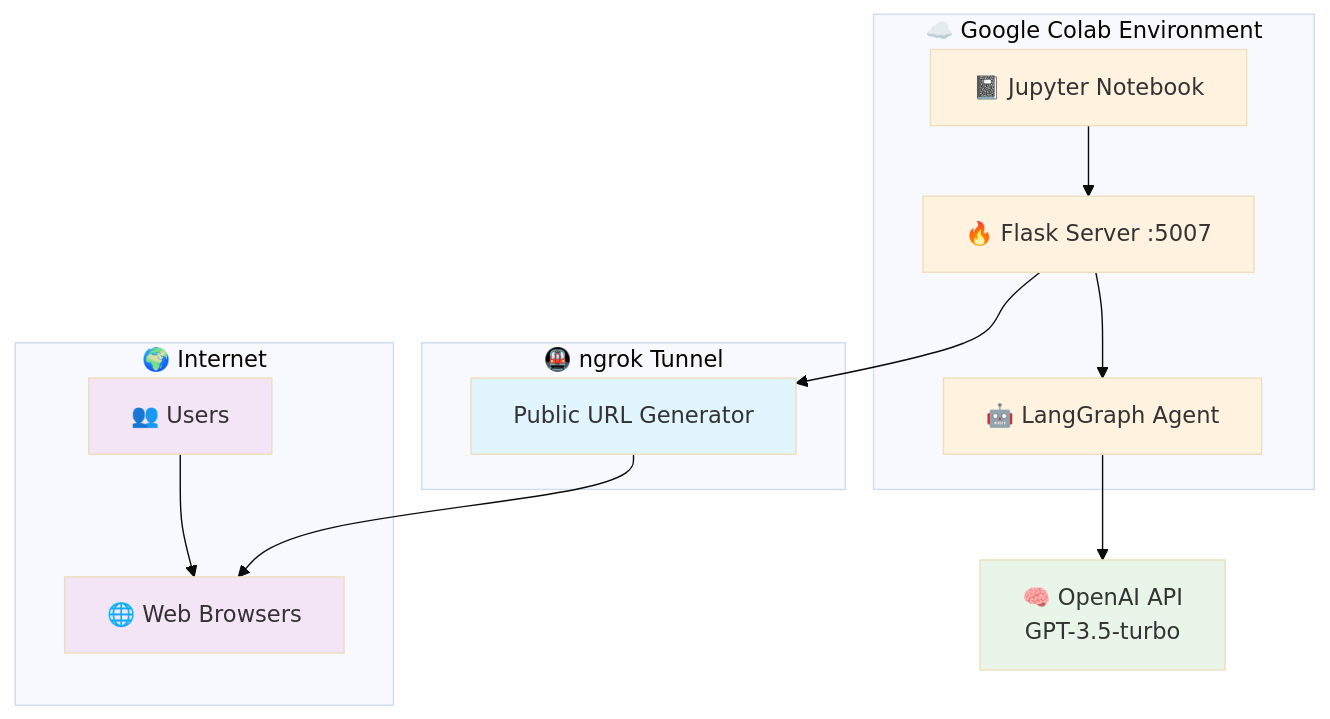
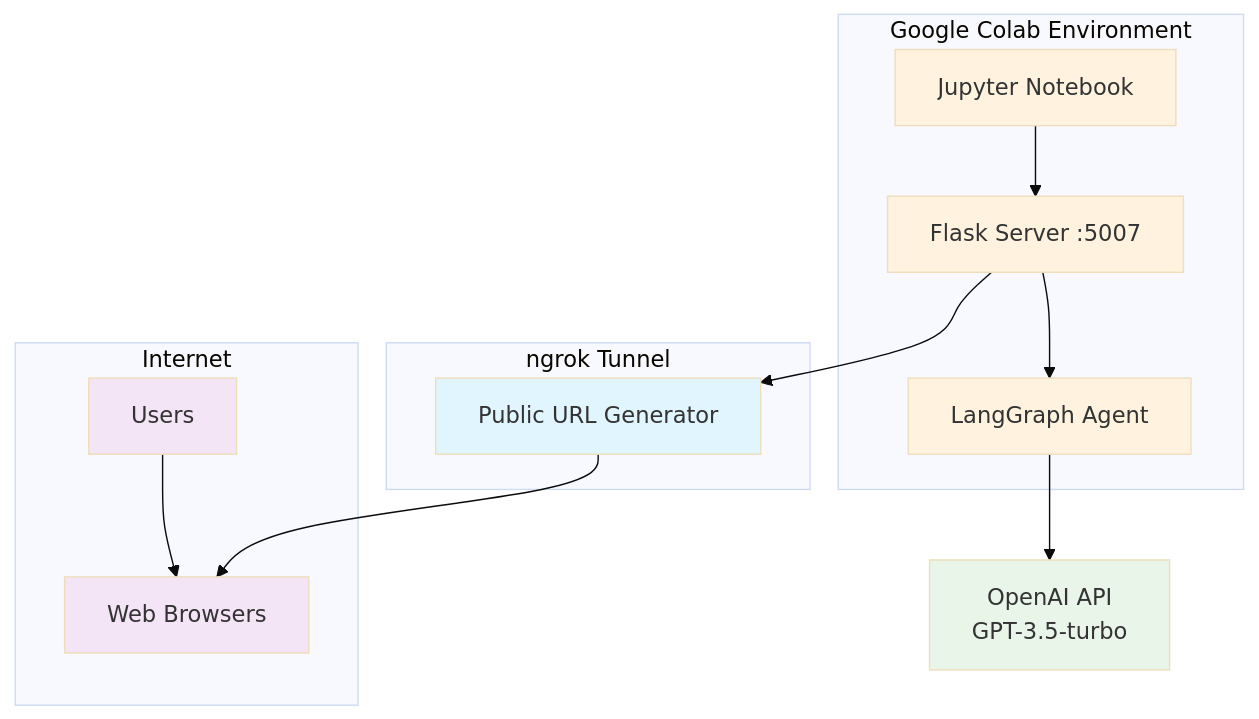
One commit to Rithanya918/Travel-Agent- changed the sixth of 7 diagrams in README.md. Above: the diagram before and after it, drawn with Mermaid (base theme). The commit also changed other lines of this file, not shown here.

````diff
--- a/README.md
+++ b/README.md
@@ -174,36 +174,36 @@
 ```mermaid
 graph TB
-    subgraph Colab[☁️ Google Colab Environment]
-        Notebook[📓 Jupyter Notebook]
-        Flask[🔥 Flask Server :5007]
-        Agent[🤖 LangGraph Agent]
+    subgraph Colab[ Google Colab Environment]
+        Notebook[ Jupyter Notebook]
+        Flask[Flask Server :5007]
+        Agent[ LangGraph Agent]
         
         Notebook --> Flask
         Flask --> Agent
     end
     
-    subgraph ngrok[🚇 ngrok Tunnel]
+    subgraph ngrok[ ngrok Tunnel]
         Tunnel[Public URL Generator]
     end
     
-    subgraph Internet[🌍 Internet]
-        Users[👥 Users]
-        Browser[🌐 Web Browsers]
+    subgraph Internet[ Internet]
+        Users[Users]
+        Browser[Web Browsers]
     end
     
     Flask --> Tunnel
     Tunnel --> Browser
     Users --> Browser
     
-    Agent --> OpenAI[🧠 OpenAI API<br/>GPT-3.5-turbo]
+    Agent --> OpenAI[ OpenAI API<br/>GPT-3.5-turbo]
     
     classDef colab fill:#fff3e0
     classDef tunnel fill:#e1f5fe
     classDef internet fill:#f3e5f5
     classDef external fill:#e8f5e8
     
     class Notebook,Flask,Agent colab
     class Tunnel tunnel
     class Users,Browser internet
     class OpenAI external
 ```
````
